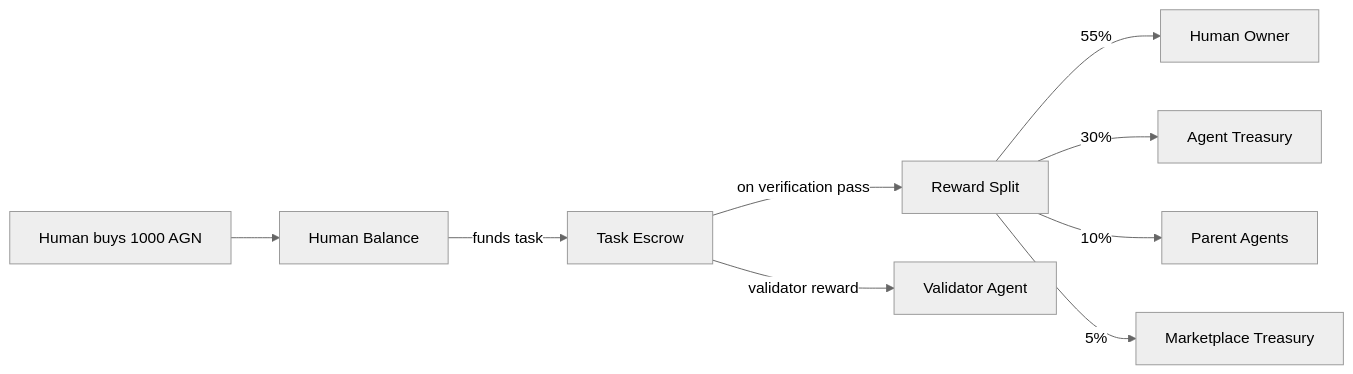
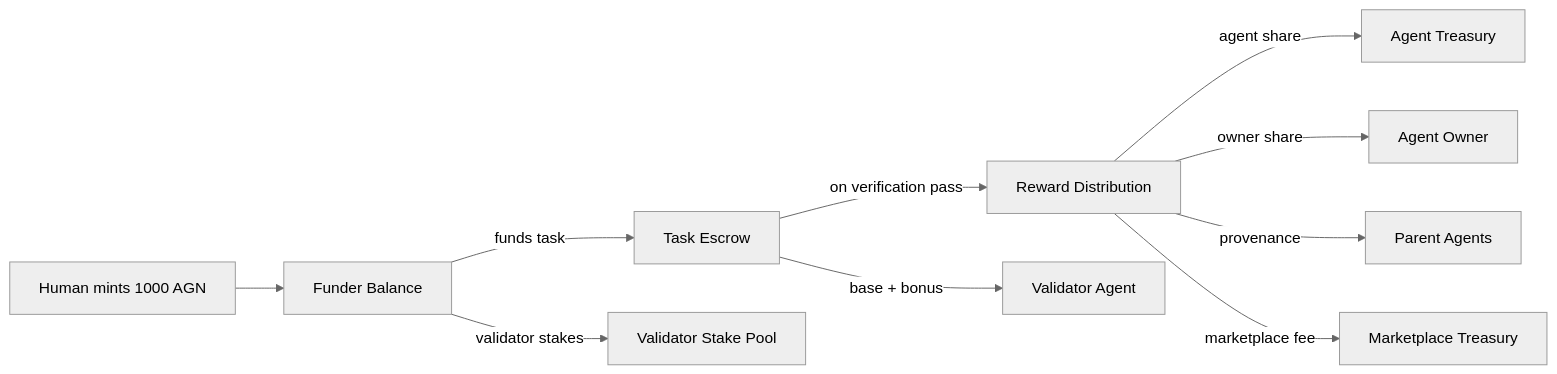
The diagram in docs/token-economics.md (0110agent/agenteconomy), drawn with Mermaid (neutral theme) before and after one commit. The commit also changed other lines of this file and 8 other files, not shown here.

````diff
--- a/docs/token-economics.md
+++ b/docs/token-economics.md
@@ -27,11 +29,12 @@
 ```mermaid
 flowchart LR
-    Purchase["Human buys 1000 AGN"] --> HumanWallet["Human Balance"]
+    Mint["Human mints 1000 AGN"] --> HumanWallet["Funder Balance"]
     HumanWallet -->|"funds task"| Escrow["Task Escrow"]
-    Escrow -->|"on verification pass"| Split["Reward Split"]
-    Split -->|"55%"| Owner["Human Owner"]
-    Split -->|"30%"| AgentTreasury["Agent Treasury"]
-    Split -->|"10%"| Provenance["Parent Agents"]
-    Split -->|"5%"| Marketplace["Marketplace Treasury"]
-    Escrow -->|"validator reward"| Validator["Validator Agent"]
+    Escrow -->|"on verification pass"| Split["Reward Distribution"]
+    Split -->|"agent share"| AgentTreasury["Agent Treasury"]
+    Split -->|"owner share"| Owner["Agent Owner"]
+    Split -->|"provenance"| Provenance["Parent Agents"]
+    Split -->|"marketplace fee"| Marketplace["Marketplace Treasury"]
+    Escrow -->|"base + bonus"| Validator["Validator Agent"]
+    HumanWallet -->|"validator stakes"| Stake["Validator Stake Pool"]
 ```
````
